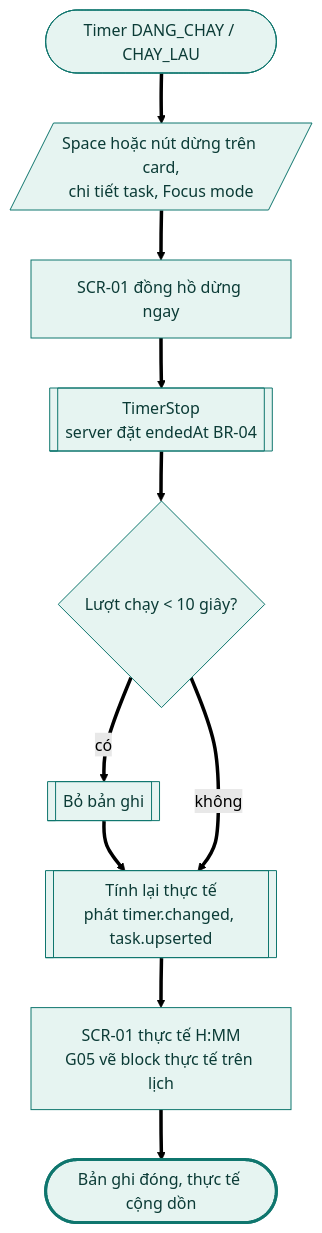
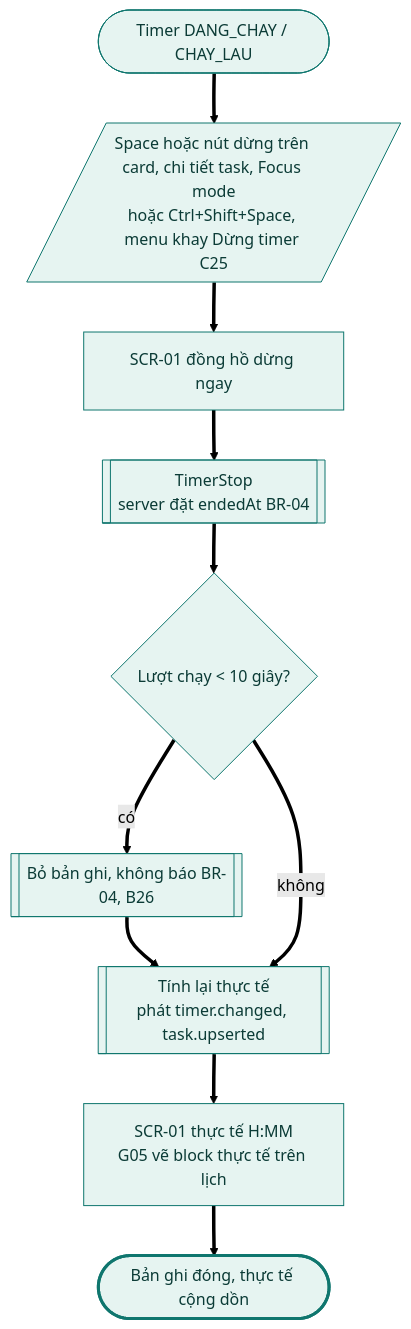
One commit to tannguyenho/personal-app changed the third of 12 diagrams in docs/design-brief/flow/g07-focus-timer.md. Above: the diagram before and after it, drawn with Mermaid (forest theme). The commit also changed other lines of this file and 7 other files, not shown here.

First line of the commit message:
docs(G05, G07): áp quyết định PO 09/11 vào SRS, PRD, flow; QC-10, IA khay

````diff
--- a/docs/design-brief/flow/g07-focus-timer.md
+++ b/docs/design-brief/flow/g07-focus-timer.md
@@ -124,29 +127,29 @@
 ```mermaid
 flowchart TD
   start(["Timer DANG_CHAY / CHAY_LAU"])
-  u1[/"Space hoặc nút dừng trên card,<br/>chi tiết task, Focus mode"/]
+  u1[/"Space hoặc nút dừng trên card, chi tiết task, Focus mode<br/>hoặc Ctrl+Shift+Space, menu khay Dừng timer C25"/]
   s1["SCR-01 đồng hồ dừng ngay"]
   p1[["TimerStop<br/>server đặt endedAt BR-04"]]
   d1{"Lượt chạy < 10 giây?"}
-  p2[["Bỏ bản ghi"]]
+  p2[["Bỏ bản ghi, không báo BR-04, B26"]]
   p3[["Tính lại thực tế<br/>phát timer.changed, task.upserted"]]
   s2["SCR-01 thực tế H:MM<br/>G05 vẽ block thực tế trên lịch"]
   ok(["Bản ghi đóng, thực tế cộng dồn"])
 
   start ==> u1 ==> s1 ==> p1 ==> d1
   d1 ==>|"có"| p2 ==> p3
   d1 ==>|"không"| p3
   p3 ==> s2 ==> ok
 
   class start,u1,s1,p1,d1,p2,p3,s2 happy
   class ok done
   classDef happy fill:#E6F4F1,stroke:#0F766E,color:#0B3B36
   classDef alt fill:#F1F3F5,stroke:#6B7280,color:#1F2937
   classDef err fill:#FDECEC,stroke:#B42318,color:#5C1010
   classDef warn fill:#FEF4E2,stroke:#B45309,color:#4A2604
   classDef ai fill:#F1ECFD,stroke:#6D28D9,color:#2E1065
   classDef sync fill:#FFFFFF,stroke:#6B7280,stroke-dasharray:4 3,color:#1F2937
   classDef link fill:#FFFFFF,stroke:#0F766E,stroke-dasharray:4 3,color:#0B3B36
   classDef done fill:#E6F4F1,stroke:#0F766E,stroke-width:3px,color:#0B3B36
   classDef fail fill:#FDECEC,stroke:#B42318,stroke-width:3px,color:#5C1010
 ```
````
